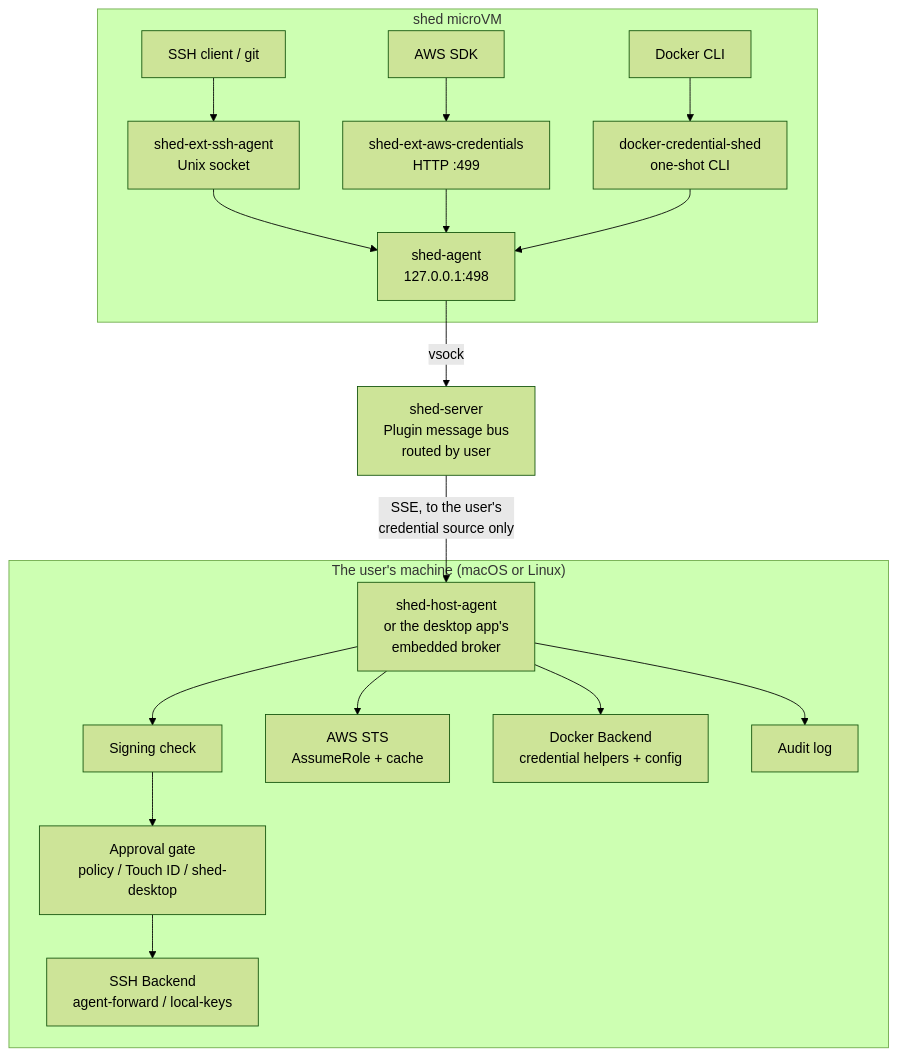
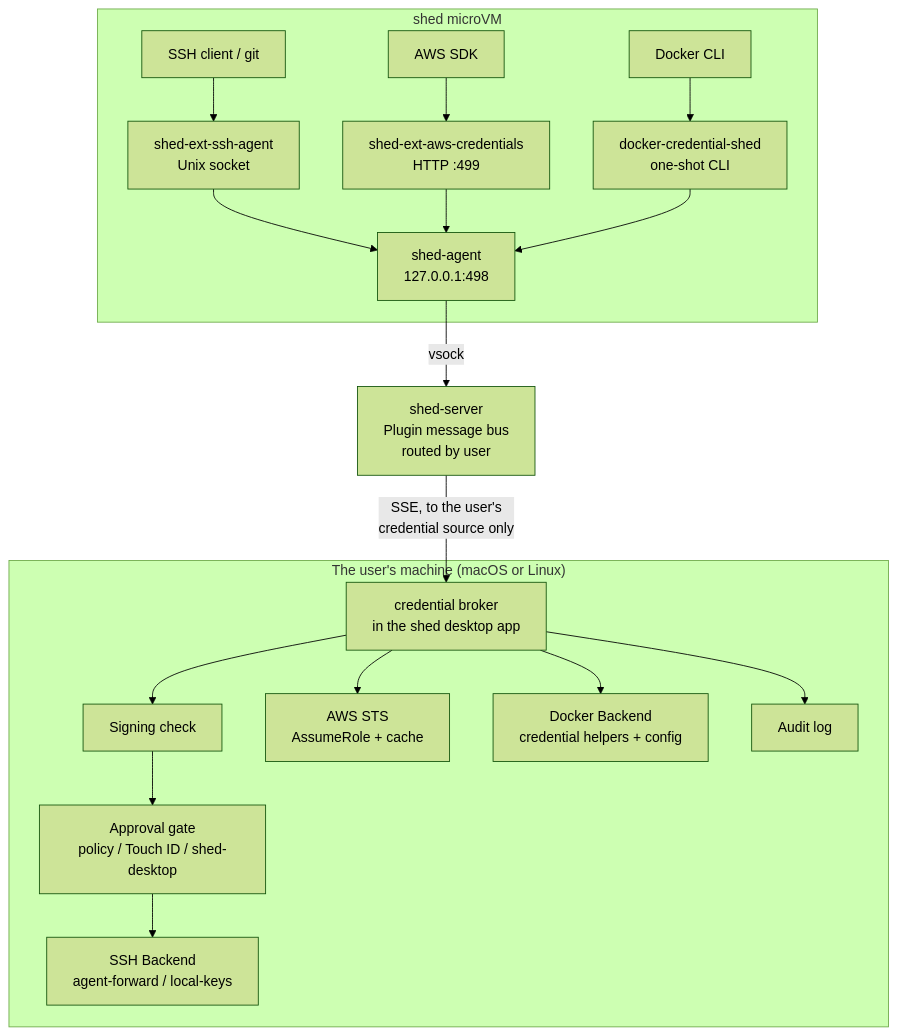
Before and after one commit to charliek/shed: the first of 3 diagrams in docs/extensions/architecture.md, drawn with Mermaid (forest theme). The commit also changed other lines of this file and 34 other files, not shown here.

First line of the commit message:
docs: the desktop app is the credential broker

````diff
--- a/docs/extensions/architecture.md
+++ b/docs/extensions/architecture.md
@@ -10,21 +10,21 @@
 ```mermaid
 graph TB
     subgraph "shed microVM"
         SSH[SSH client / git] --> SSA[shed-ext-ssh-agent<br/>Unix socket]
         AWS[AWS SDK] --> AWP[shed-ext-aws-credentials<br/>HTTP :499]
         DCK[Docker CLI] --> DCS[docker-credential-shed<br/>one-shot CLI]
         SSA --> BUS[shed-agent<br/>127.0.0.1:498]
         AWP --> BUS
         DCS --> BUS
     end
     BUS -->|vsock| SRV[shed-server<br/>Plugin message bus<br/>routed by user]
-    SRV -->|SSE, to the user's<br/>credential source only| HA[shed-host-agent<br/>or the desktop app's<br/>embedded broker]
+    SRV -->|SSE, to the user's<br/>credential source only| HA[credential broker<br/>in the shed desktop app]
     subgraph "The user's machine (macOS or Linux)"
         HA --> SC[Signing check]
         SC --> AG[Approval gate<br/>policy / Touch ID / shed-desktop]
         AG --> BE[SSH Backend<br/>agent-forward / local-keys]
         HA --> STS[AWS STS<br/>AssumeRole + cache]
         HA --> DCB[Docker Backend<br/>credential helpers + config]
         HA --> AL[Audit log]
     end
 ```
````
